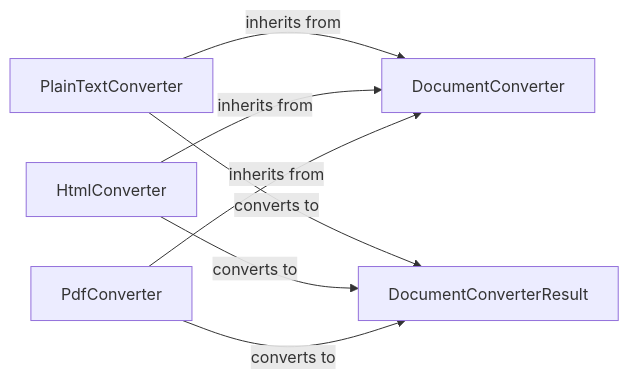
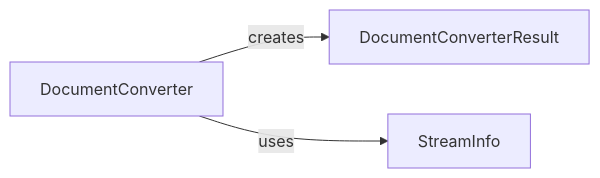
One commit to CodeBoarding/GeneratedOnBoardings changed the diagram in markitdown/Base Converter Interface.md. Above: the diagram before and after it, drawn with Mermaid. The commit also changed other lines of this file and 6 other files, not shown here.

````diff
--- a/markitdown/Base Converter Interface.md
+++ b/markitdown/Base Converter Interface.md
@@ -1,14 +1,8 @@
 ```mermaid
 graph LR
     DocumentConverter["DocumentConverter"]
     DocumentConverterResult["DocumentConverterResult"]
-    PlainTextConverter["PlainTextConverter"]
-    HtmlConverter["HtmlConverter"]
-    PdfConverter["PdfConverter"]
-    PlainTextConverter -- "inherits from" --> DocumentConverter
-    HtmlConverter -- "inherits from" --> DocumentConverter
-    PdfConverter -- "inherits from" --> DocumentConverter
-    PlainTextConverter -- "converts to" --> DocumentConverterResult
-    HtmlConverter -- "converts to" --> DocumentConverterResult
-    PdfConverter -- "converts to" --> DocumentConverterResult
+    StreamInfo["StreamInfo"]
+    DocumentConverter -- "creates" --> DocumentConverterResult
+    DocumentConverter -- "uses" --> StreamInfo
 ```
````
